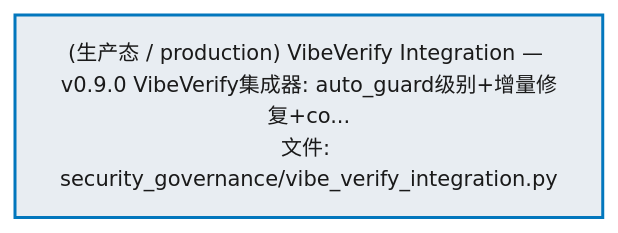
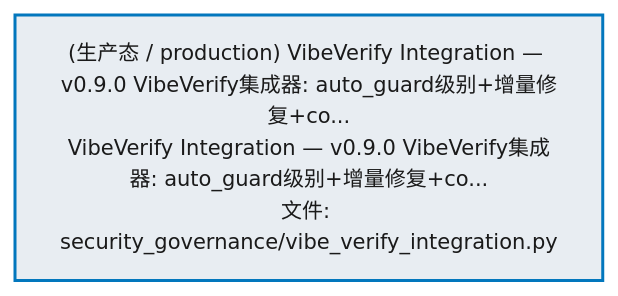
One commit to xuanFelixVan/ZephyrAlpha changed the fourth of 6 diagrams in docs/02_enterprise_architecture/02_domain_architecture_docs/20_d_gov_ops_resilience.md. Above: the diagram before and after it, drawn with Mermaid. The commit also changed other lines of this file and 80 other files, not shown here.

````diff
--- a/docs/02_enterprise_architecture/02_domain_architecture_docs/20_d_gov_ops_resilience.md
+++ b/docs/02_enterprise_architecture/02_domain_architecture_docs/20_d_gov_ops_resilience.md
@@ -483,10 +485,10 @@
 ```mermaid
 %%{init: {'theme': 'base', 'themeVariables': {'primaryColor': '#eaeaea', 'primaryTextColor': '#333333', 'primaryBorderColor': '#666666', 'lineColor': '#666666', 'secondaryColor': '#eaeaea', 'tertiaryColor': '#eaeaea', 'fontSize': '14px'}}}%%
 flowchart TD
-    src_zephyr_governance_security_governance_vibe_verify_integration_py["(生产态 / production) VibeVerify Integration — v0.9.0 VibeVerify集成器: auto_guard级别+增量修复+co...<br/>文件: security_governance/vibe_verify_integration.py"]
+    src_zephyr_governance_security_governance_vibe_verify_integration_py["(生产态 / production) VibeVerify Integration — v0.9.0 VibeVerify集成器: auto_guard级别+增量修复+co...<br/>VibeVerify Integration — v0.9.0 VibeVerify集成器: auto_guard级别+增量修复+co...<br/>文件: security_governance/vibe_verify_integration.py"]
     classDef production fill:#e8edf2,stroke:#0277bd,stroke-width:2px,color:#1a1a1a
     classDef design fill:#f0ebe3,stroke:#bf360c,stroke-width:2px,color:#1a1a1a,stroke-dasharray: 5 5
     classDef external_prod fill:#e8efe9,stroke:#1b5e20,stroke-width:1px,color:#1a1a1a
     classDef external_design fill:#efe5ea,stroke:#880e4f,stroke-width:1px,color:#1a1a1a,stroke-dasharray: 5 5
     class src_zephyr_governance_security_governance_vibe_verify_integration_py production
 ```
````
